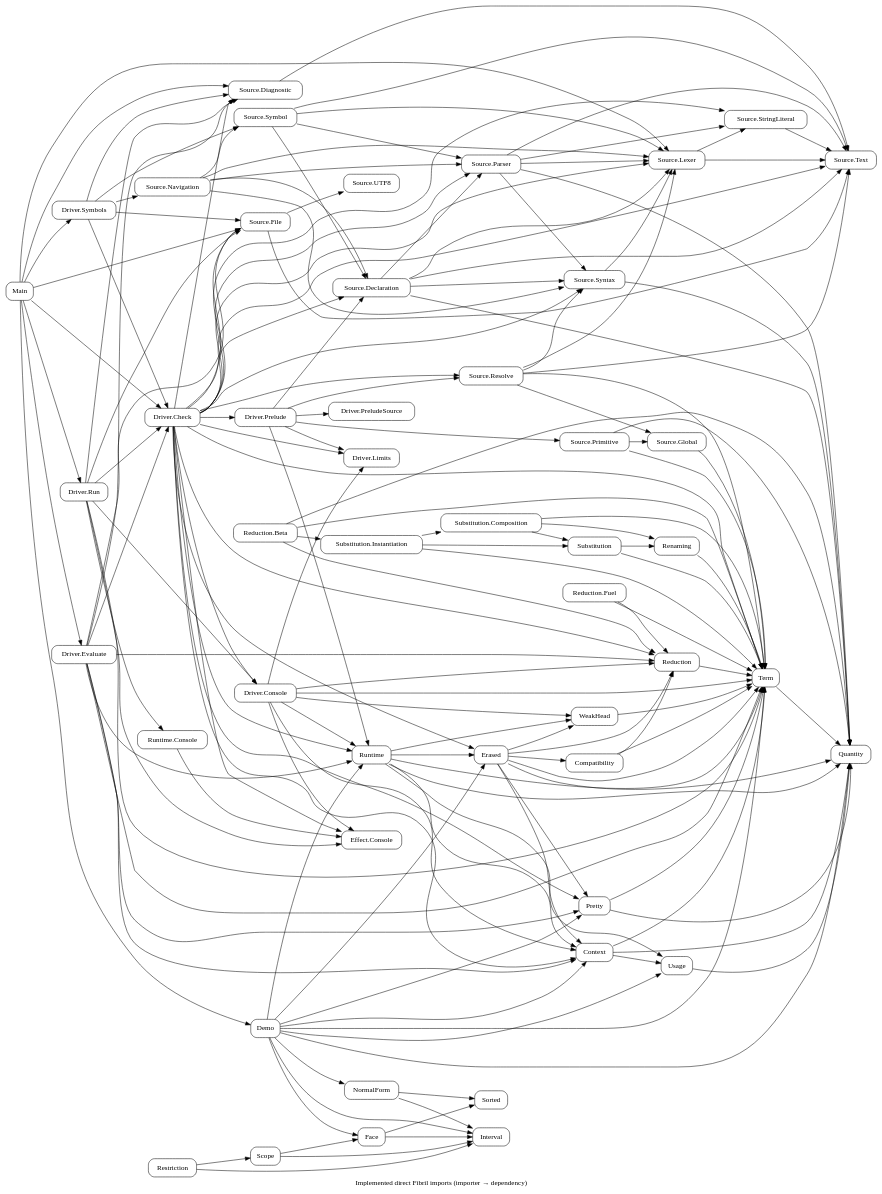
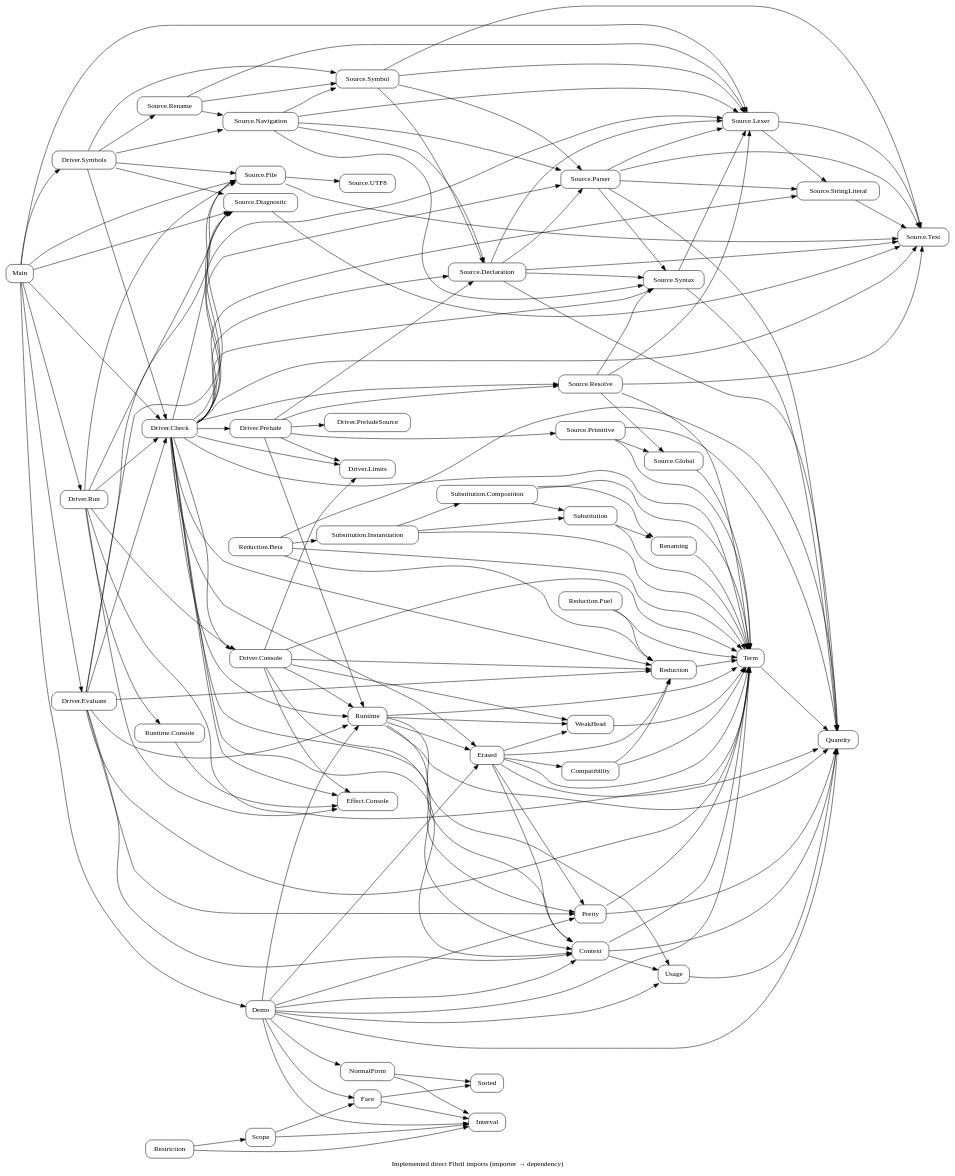
One commit to odunboye/fibril changed the diagram in docs/diagrams/modules.dot. Above: the diagram before and after it, drawn with Graphviz. The commit also changed 14 other files, not shown here.

```diff
--- a/docs/diagrams/modules.dot
+++ b/docs/diagrams/modules.dot
@@ -1,44 +1,46 @@
 digraph Modules {
 rankdir=LR; node [shape=box,style=rounded];
 "Source.File" -> {"Source.UTF8" "Source.Text"};
 Main -> {"Source.File" "Source.Lexer" "Source.Diagnostic"};
 "Source.Diagnostic" -> "Source.Text";
 "Source.Declaration" -> {Quantity "Source.Text" "Source.Lexer" "Source.Syntax" "Source.Parser"};
 "Source.Lexer" -> {"Source.Text" "Source.StringLiteral"};
 "Source.StringLiteral" -> "Source.Text";
 "Driver.Console" -> {Context Term Runtime Reduction WeakHead "Effect.Console" "Driver.Limits"};
 "Runtime.Console" -> "Effect.Console";
 "Driver.Run" -> {Term "Source.File" "Source.Diagnostic" "Effect.Console" "Runtime.Console" "Driver.Check" "Driver.Console"};
 "Source.Syntax" -> {Quantity "Source.Lexer"};
 "Source.Parser" -> {Quantity "Source.Text" "Source.Lexer" "Source.Syntax" "Source.StringLiteral"};
 "Source.Resolve" -> {Term "Source.Text" "Source.Lexer" "Source.Syntax" "Source.Global"};
 "Driver.Check" -> {"Source.Text" "Source.Lexer" "Source.Syntax" "Source.Parser" "Source.Declaration" "Source.StringLiteral" "Source.Resolve" "Source.File" "Source.Diagnostic" Term Context Pretty Erased Runtime "Driver.Console" "Effect.Console"};
 "Driver.Prelude" -> {Runtime "Source.Declaration" "Source.Resolve" "Source.Primitive" "Driver.PreludeSource" "Driver.Limits"};
 "Source.Primitive" -> {"Source.Global" Term Quantity};
 "Source.Global" -> Term;
 "Driver.Check" -> {"Driver.Prelude" "Driver.Limits" Reduction};
+"Source.Rename" -> {"Source.Navigation" "Source.Symbol" "Source.Lexer"};
+"Driver.Symbols" -> "Source.Rename";
 "Source.Navigation" -> {"Source.Symbol" "Source.Declaration" "Source.Parser" "Source.Lexer" "Source.Syntax"};
 "Driver.Symbols" -> "Source.Navigation";
 "Source.Symbol" -> {"Source.Declaration" "Source.Parser" "Source.Lexer" "Source.Text"};
 "Driver.Symbols" -> {"Source.Symbol" "Driver.Check" "Source.File" "Source.Diagnostic"};
 Main -> {"Driver.Symbols" "Driver.Check" "Driver.Evaluate" "Driver.Run"};
 "Driver.Evaluate" -> {Context Term Pretty Reduction Runtime "Source.File" "Source.Diagnostic" "Driver.Check"};
 Quantity; Interval; NormalForm; Face; Scope; Restriction; Term;
 NormalForm -> {Interval Sorted}; Face -> {Interval Sorted};
 Scope -> {Interval Face}; Restriction -> {Interval Scope};
 Demo -> {Quantity Term Context Usage Pretty Erased Runtime Interval NormalForm Face};
 Main -> Demo;
 Pretty -> {Quantity Term};
 Term -> Quantity; Usage -> Quantity; Context -> {Quantity Term Usage};
 Reduction -> Term; WeakHead -> Term;
 Compatibility -> {Term Reduction};
 Renaming -> Term;
 Substitution -> {Term Renaming};
 "Substitution.Composition" -> {Term Renaming Substitution};
 "Substitution.Instantiation" -> {Term Substitution "Substitution.Composition"};
 "Reduction.Beta" -> {Quantity Term Reduction "Substitution.Instantiation"};
 "Reduction.Fuel" -> {Term Reduction};
 Erased -> {Quantity Term Pretty Context Compatibility WeakHead Reduction};
 Runtime -> {Quantity Term Context Usage WeakHead Erased};
 label="Implemented direct Fibril imports (importer → dependency)";
 }
```
